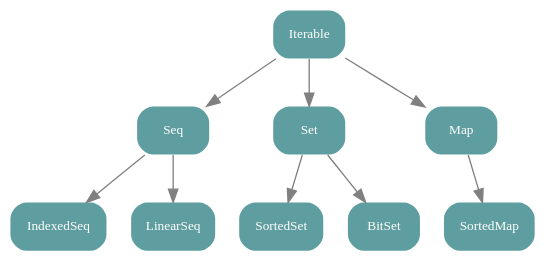
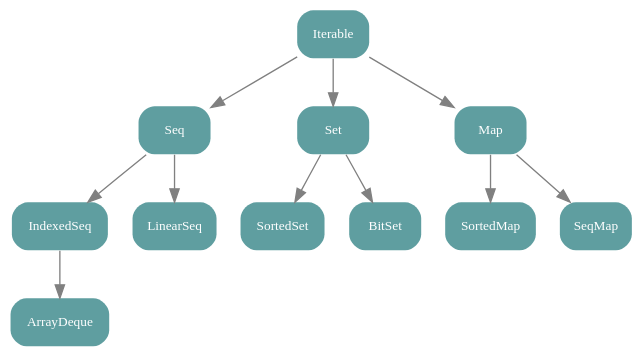
Before and after one commit to er1c/scala-collections-charts: the diagram in src/scala.collection.gv, drawn with Graphviz. The commit also changed 4 other files, not shown here.

```diff
--- a/src/scala.collection.gv
+++ b/src/scala.collection.gv
@@ -1,33 +1,36 @@
 // dot graphs for the Scala 2.13 Collections API
 // package scala.collection
 // (C) 2010 by Mathias
 // (C) 2015 and 2019 by Mike Slinn
 
 digraph "scala.collection" {
   bgcolor=transparent
 
   // layout help
   node [shape=point, style=invis]
   edge [style=invis]
   Level0 -> Level1 -> Level2 -> Level3
 
   // node definitions
   node [shape=box, style="rounded, filled", fontname=tahoma, fontsize=10, fontcolor=white, color=none, fillcolor=cadetblue]
     Iterable [URL="http://www.scala-lang.org/api/current/scala/collection/Iterable.html"]
       Seq [URL="http://www.scala-lang.org/api/current/scala/collection/Seq.html"]
         IndexedSeq [URL="http://www.scala-lang.org/api/current/scala/collection/IndexedSeq.html"]
         LinearSeq [URL="http://www.scala-lang.org/api/current/scala/collection/LinearSeq.html"]
       Set [URL="http://www.scala-lang.org/api/current/scala/collection/Set.html"]
         SortedSet [URL="http://www.scala-lang.org/api/current/scala/collection/SortedSet.html"]
         BitSet [URL="http://www.scala-lang.org/api/current/scala/collection/BitSet.html"]
       Map [URL="http://www.scala-lang.org/api/current/scala/collection/Map.html"]
         SortedMap [URL="http://www.scala-lang.org/api/current/scala/collection/SortedMap.html"]
 
   // edge definitions
   edge [style=solid, color=gray]
   Iterable -> Seq -> IndexedSeq
+  IndexedSeq -> ArrayDeque
   Seq -> LinearSeq
   Iterable -> Set -> SortedSet
   Set -> BitSet
-  Iterable -> Map -> SortedMap
+  Iterable -> Map
+  Map -> SortedMap
+  Map -> SeqMap
 }
```
